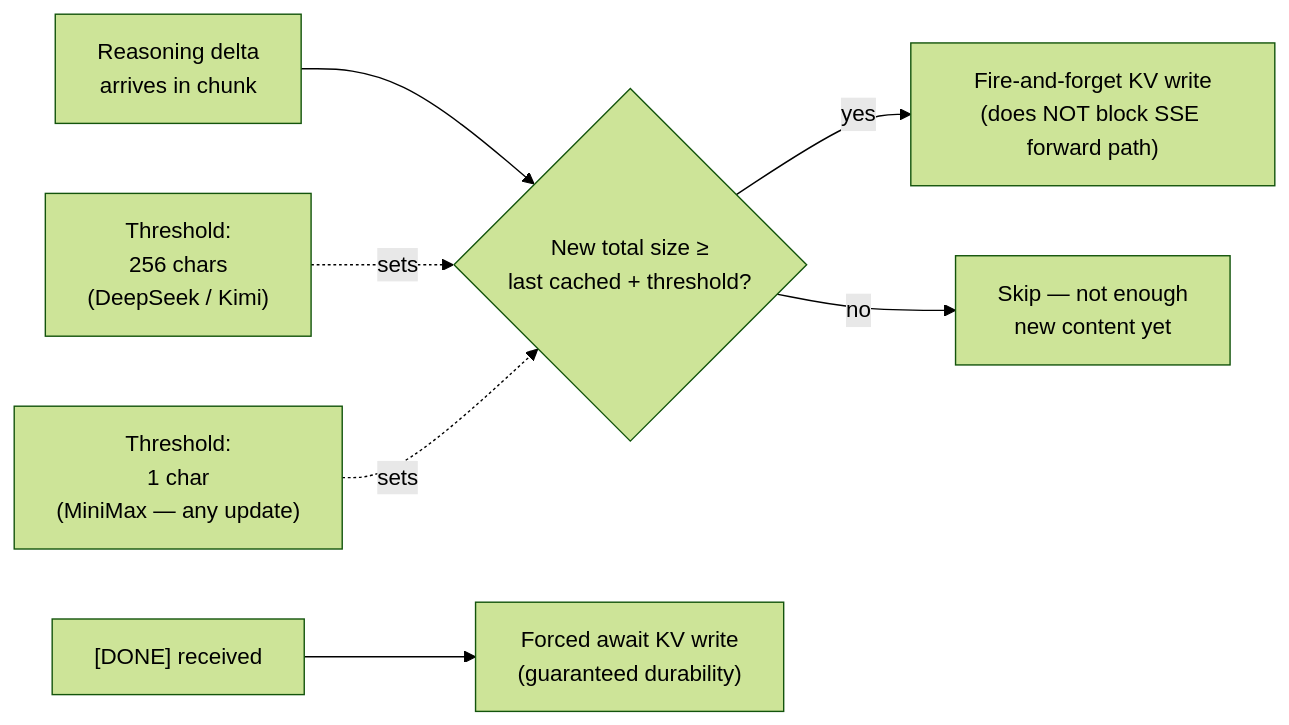
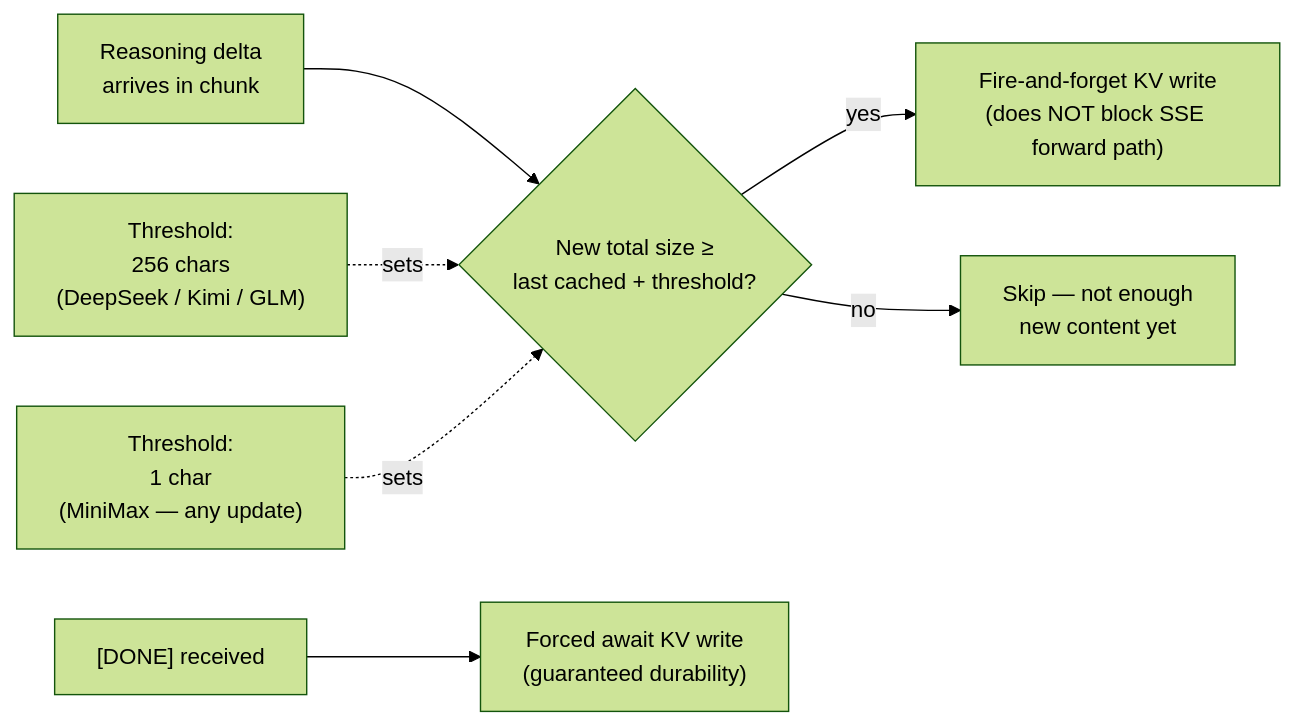
One commit to lqdflying/cursorProxy changed the sixth of 6 diagrams in doc/reasoning-bridge.md. Above: the diagram before and after it, drawn with Mermaid (forest theme). The commit also changed other lines of this file and 19 other files, not shown here.

````diff
--- a/doc/reasoning-bridge.md
+++ b/doc/reasoning-bridge.md
@@ -130,18 +138,18 @@
 ```mermaid
 flowchart LR
     DELTA["Reasoning delta\narrives in chunk"]
     SIZE{"New total size ≥\nlast cached + threshold?"}
-    DS_T["Threshold:\n256 chars\n(DeepSeek / Kimi)"]
+    DS_T["Threshold:\n256 chars\n(DeepSeek / Kimi / GLM)"]
     MM_T["Threshold:\n1 char\n(MiniMax — any update)"]
     SNAP["Fire-and-forget KV write\n(does NOT block SSE forward path)"]
     SKIP["Skip — not enough\nnew content yet"]
     DONE["[DONE] received"]
     FORCE["Forced await KV write\n(guaranteed durability)"]
 
     DELTA --> SIZE
     SIZE -->|yes| SNAP
     SIZE -->|no| SKIP
     DS_T -.->|sets| SIZE
     MM_T -.->|sets| SIZE
     DONE --> FORCE
 ```
````
